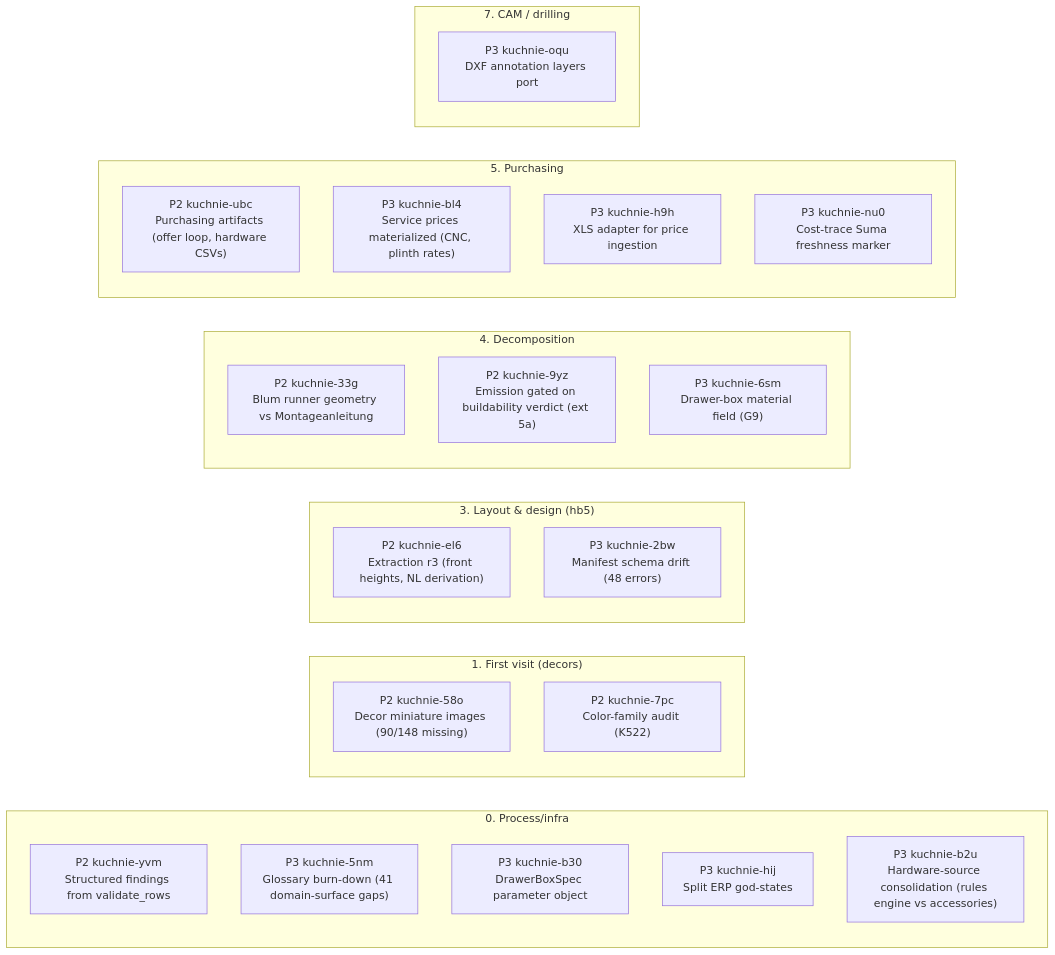
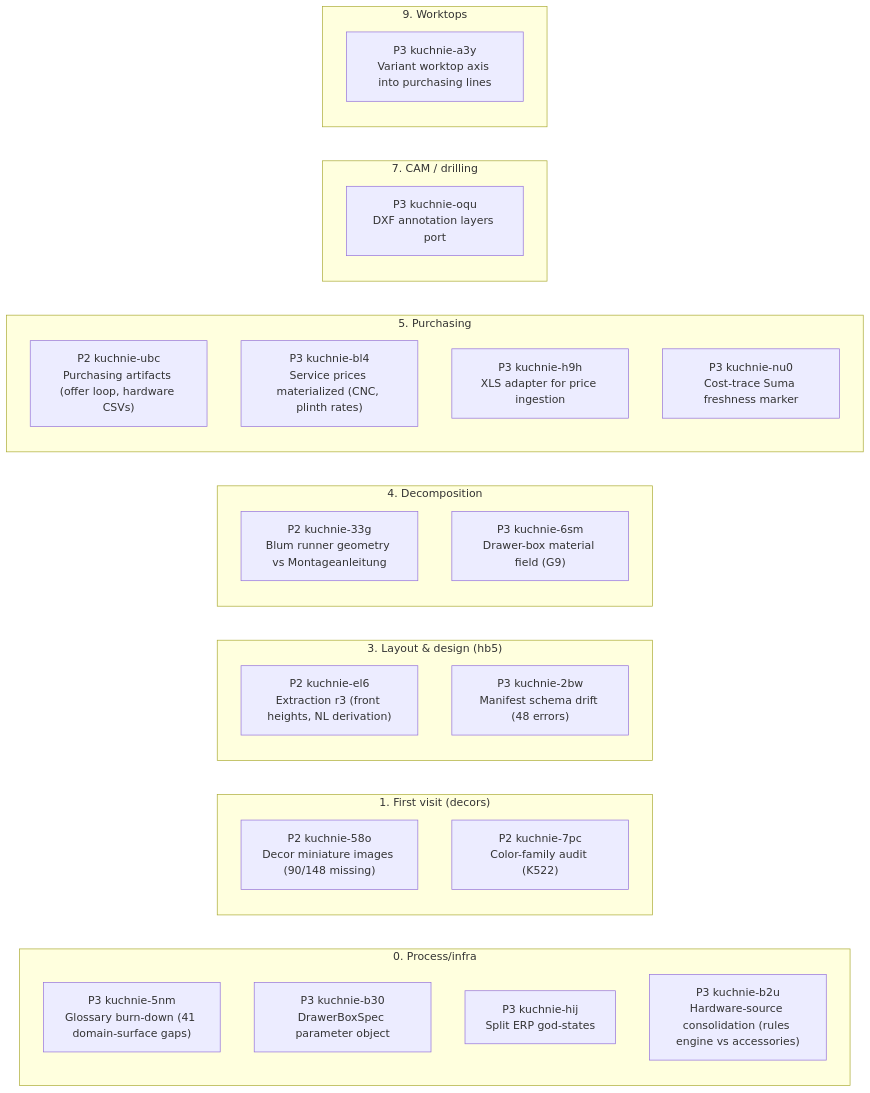
The first of 2 diagrams in STATUS.md (m1981/kuchnie), drawn with Mermaid before and after one commit. The commit also changed other lines of this file and 4 other files, not shown here.

````diff
--- a/STATUS.md
+++ b/STATUS.md
@@ -106,32 +110,33 @@
 ```mermaid
 flowchart LR
     subgraph s0 ["0. Process/infra"]
-        kuchnie_yvm["P2 kuchnie-yvm<br/>Structured findings from validate_rows"]
         kuchnie_5nm["P3 kuchnie-5nm<br/>Glossary burn-down (41 domain-surface gaps)"]
         kuchnie_b30["P3 kuchnie-b30<br/>DrawerBoxSpec parameter object"]
         kuchnie_hij["P3 kuchnie-hij<br/>Split ERP god-states"]
         kuchnie_b2u["P3 kuchnie-b2u<br/>Hardware-source consolidation (rules engine vs accessories)"]
     end
     subgraph s1 ["1. First visit (decors)"]
         kuchnie_58o["P2 kuchnie-58o<br/>Decor miniature images (90/148 missing)"]
         kuchnie_7pc["P2 kuchnie-7pc<br/>Color-family audit (K522)"]
     end
     subgraph s3 ["3. Layout & design (hb5)"]
         kuchnie_el6["P2 kuchnie-el6<br/>Extraction r3 (front heights, NL derivation)"]
         kuchnie_2bw["P3 kuchnie-2bw<br/>Manifest schema drift (48 errors)"]
     end
     subgraph s4 ["4. Decomposition"]
         kuchnie_33g["P2 kuchnie-33g<br/>Blum runner geometry vs Montageanleitung"]
-        kuchnie_9yz["P2 kuchnie-9yz<br/>Emission gated on buildability verdict (ext 5a)"]
         kuchnie_6sm["P3 kuchnie-6sm<br/>Drawer-box material field (G9)"]
     end
     subgraph s5 ["5. Purchasing"]
         kuchnie_ubc["P2 kuchnie-ubc<br/>Purchasing artifacts (offer loop, hardware CSVs)"]
         kuchnie_bl4["P3 kuchnie-bl4<br/>Service prices materialized (CNC, plinth rates)"]
         kuchnie_h9h["P3 kuchnie-h9h<br/>XLS adapter for price ingestion"]
         kuchnie_nu0["P3 kuchnie-nu0<br/>Cost-trace Suma freshness marker"]
     end
     subgraph s7 ["7. CAM / drilling"]
         kuchnie_oqu["P3 kuchnie-oqu<br/>DXF annotation layers port"]
     end
+    subgraph s9 ["9. Worktops"]
+        kuchnie_a3y["P3 kuchnie-a3y<br/>Variant worktop axis into purchasing lines"]
+    end
 ```
````
